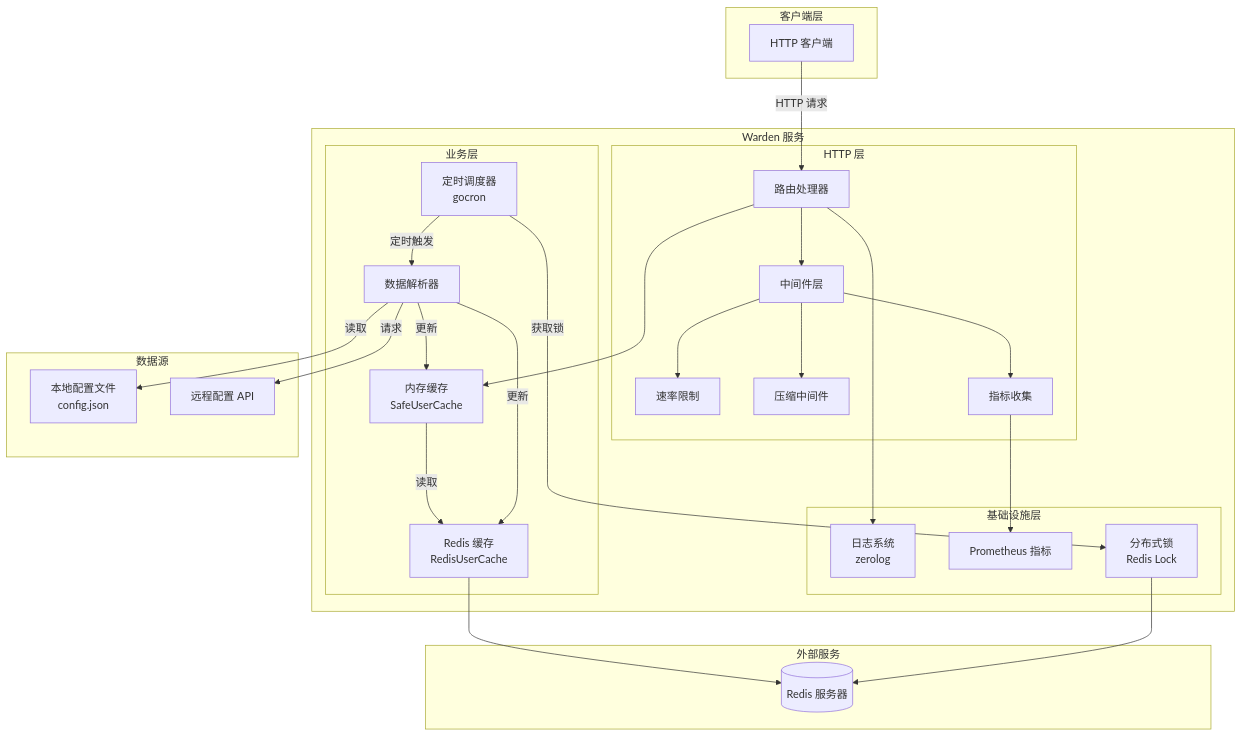
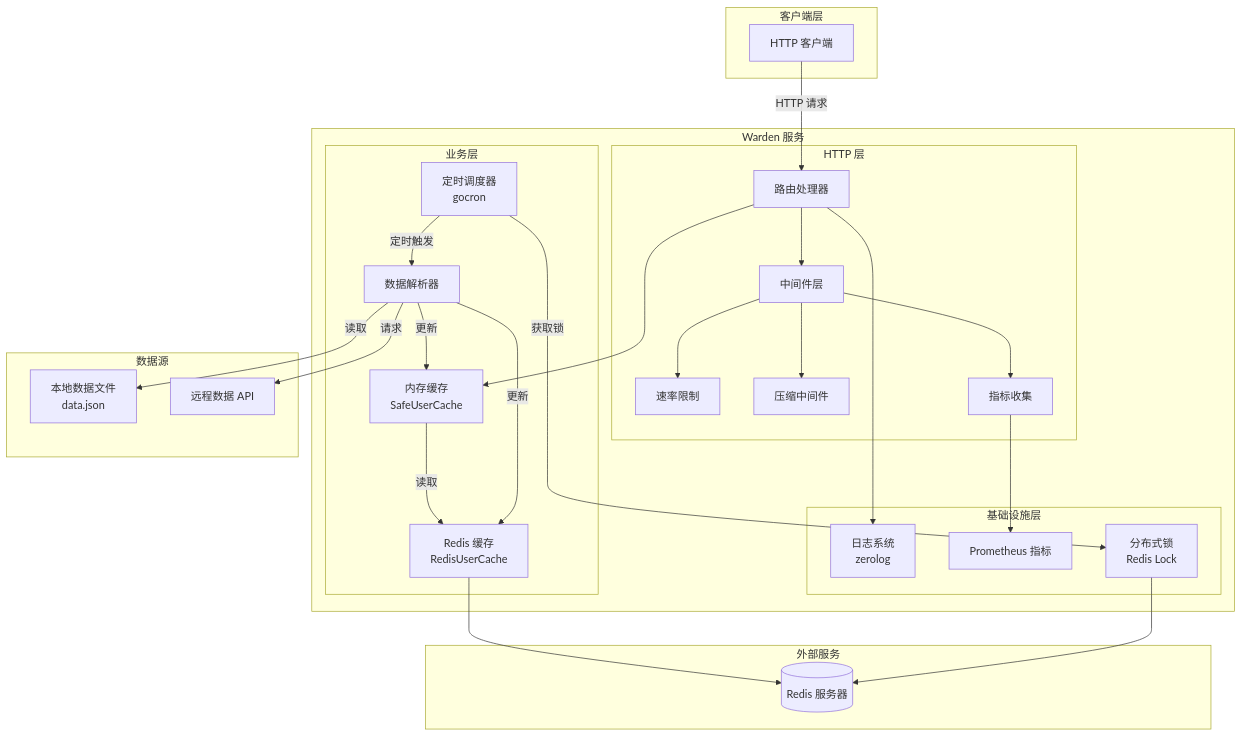
The first of 4 diagrams in README.md (soulteary/warden), drawn with Mermaid before and after one commit. The commit also changed other lines of this file and 9 other files, not shown here.

Commit message:
refactor: Rename configuration files from config.json to data.json for clarity and consistency

````diff
--- a/README.md
+++ b/README.md
@@ -25,56 +25,56 @@
 ```mermaid
 graph TB
     subgraph "客户端层"
         Client[HTTP 客户端]
     end
     
     subgraph "Warden 服务"
         subgraph "HTTP 层"
             Router[路由处理器]
             Middleware[中间件层]
             RateLimit[速率限制]
             Compress[压缩中间件]
             Metrics[指标收集]
         end
         
         subgraph "业务层"
             UserCache[内存缓存<br/>SafeUserCache]
             RedisCache[Redis 缓存<br/>RedisUserCache]
             Parser[数据解析器]
             Scheduler[定时调度器<br/>gocron]
         end
         
         subgraph "基础设施层"
             Logger[日志系统<br/>zerolog]
             Prometheus[Prometheus 指标]
             RedisLock[分布式锁<br/>Redis Lock]
         end
     end
     
     subgraph "数据源"
-        LocalFile[本地配置文件<br/>config.json]
-        RemoteAPI[远程配置 API]
+        LocalFile[本地数据文件<br/>data.json]
+        RemoteAPI[远程数据 API]
     end
     
     subgraph "外部服务"
         Redis[(Redis 服务器)]
     end
     
     Client -->|HTTP 请求| Router
     Router --> Middleware
     Middleware --> RateLimit
     Middleware --> Compress
     Middleware --> Metrics
     Router --> UserCache
     UserCache -->|读取| RedisCache
     RedisCache --> Redis
     Scheduler -->|定时触发| Parser
     Parser -->|读取| LocalFile
     Parser -->|请求| RemoteAPI
     Parser -->|更新| UserCache
     Parser -->|更新| RedisCache
     Scheduler -->|获取锁| RedisLock
     RedisLock --> Redis
     Router --> Logger
     Metrics --> Prometheus
 ```
````
